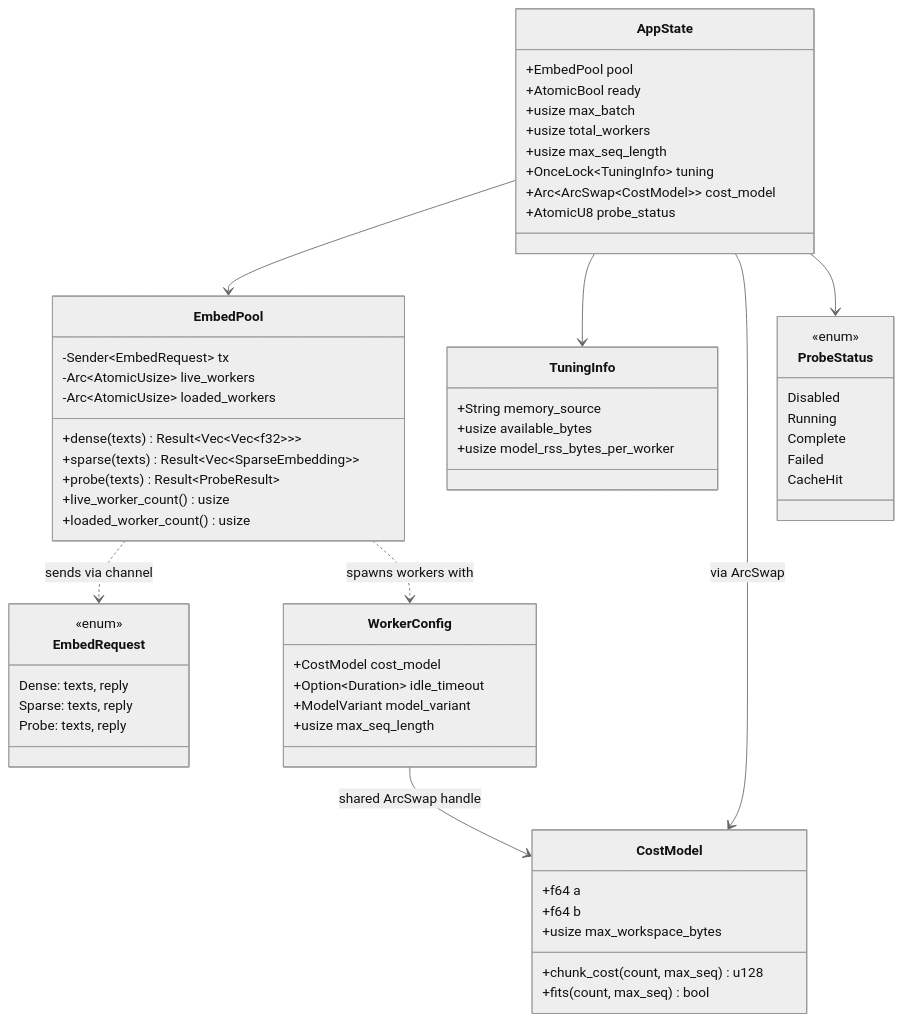
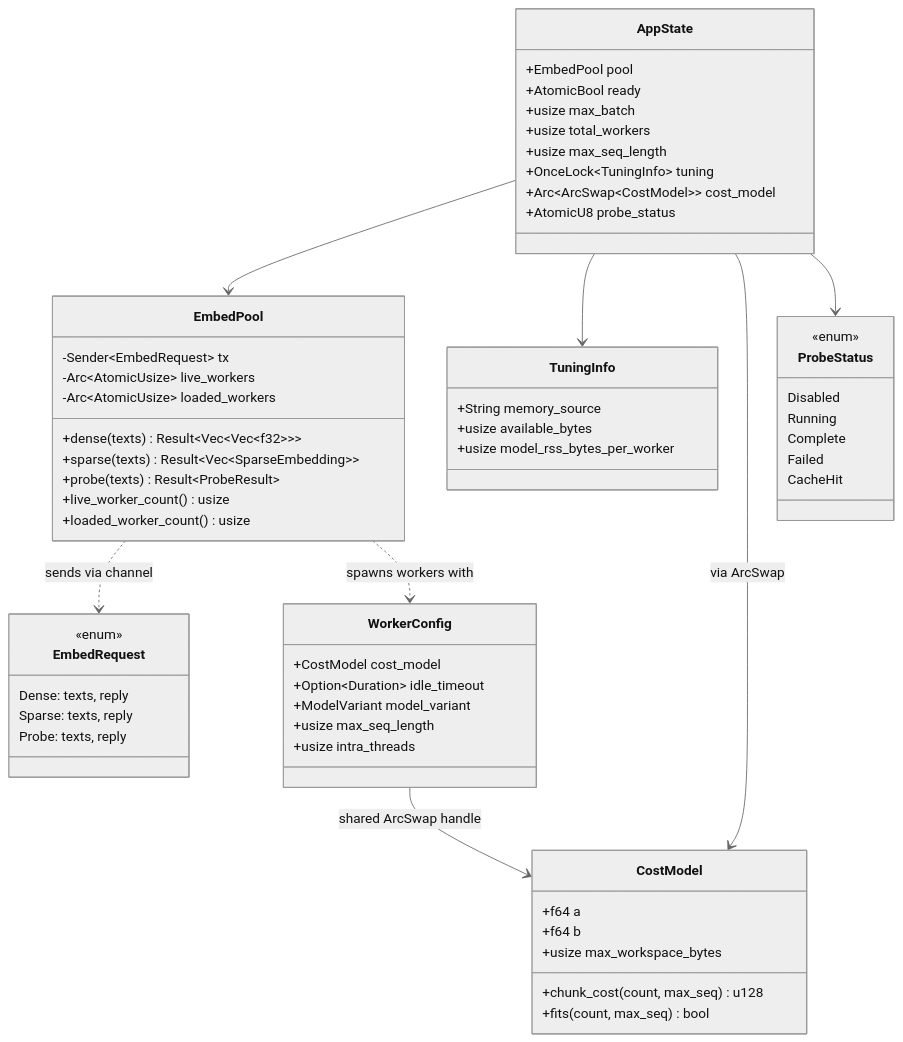
Before and after one commit to Fulton-Engineering-Services/bge-m3-embedding-server: the third of 5 diagrams in docs/architecture.md, drawn with Mermaid (neutral theme). The commit also changed 5 other files, not shown here.

First line of the commit message:
feat(config): add intra-op threads configuration for ORT sessions

````diff
--- a/docs/architecture.md
+++ b/docs/architecture.md
@@ -99,69 +99,70 @@
 ```mermaid
 classDiagram
     class AppState {
         +EmbedPool pool
         +AtomicBool ready
         +usize max_batch
         +usize total_workers
         +usize max_seq_length
         +OnceLock~TuningInfo~ tuning
         +Arc~ArcSwap~CostModel~~ cost_model
         +AtomicU8 probe_status
     }
 
     class TuningInfo {
         +String memory_source
         +usize available_bytes
         +usize model_rss_bytes_per_worker
     }
 
     class ProbeStatus {
         <<enum>>
         Disabled
         Running
         Complete
         Failed
         CacheHit
     }
 
     class EmbedPool {
         -Sender~EmbedRequest~ tx
         -Arc~AtomicUsize~ live_workers
         -Arc~AtomicUsize~ loaded_workers
         +dense(texts) Result~Vec~Vec~f32~~~
         +sparse(texts) Result~Vec~SparseEmbedding~~
         +probe(texts) Result~ProbeResult~
         +live_worker_count() usize
         +loaded_worker_count() usize
     }
 
     class EmbedRequest {
         <<enum>>
         Dense: texts, reply
         Sparse: texts, reply
         Probe: texts, reply
     }
 
     class WorkerConfig {
         +CostModel cost_model
         +Option~Duration~ idle_timeout
         +ModelVariant model_variant
         +usize max_seq_length
+        +usize intra_threads
     }
 
     class CostModel {
         +f64 a
         +f64 b
         +usize max_workspace_bytes
         +chunk_cost(count, max_seq) u128
         +fits(count, max_seq) bool
     }
 
     AppState --> EmbedPool
     AppState --> TuningInfo
     AppState --> CostModel : via ArcSwap
     AppState --> ProbeStatus
     EmbedPool ..> EmbedRequest : sends via channel
     EmbedPool ..> WorkerConfig : spawns workers with
     WorkerConfig --> CostModel : shared ArcSwap handle
 ```
````
